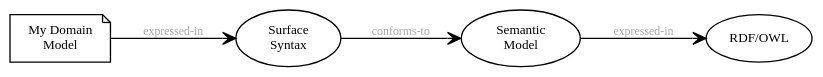
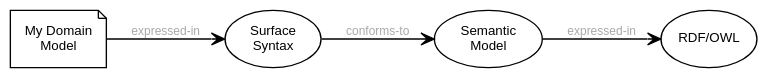
One commit to sdm-lang/tree-sitter-sdml changed the first of 4 diagrams in docs/introduction.org. Above: the diagram before and after it, drawn with Graphviz. The commit also changed other lines of this file and 18 other files, not shown here.

Commit message:
Doc restructure, css update, and png -> svg change

```diff
--- a/docs/introduction.org
+++ b/docs/introduction.org
@@ -19,17 +19,18 @@
-#+BEGIN_SRC dot :file sdml-overview.png :exports results
+#+BEGIN_SRC dot :file sdml-overview.svg :exports results
 digraph G {
   bgcolor="transparent";
   rankdir="LR";
-  node [fontsize=10];
-  edge [fontsize=9; fontcolor=darkgrey];
+  fontname="Helvetica,Arial,sans-serif";
+  node [fontname="Helvetica,Arial,sans-serif"; fontsize=10; width=1.0; height=0.6];
+  edge [fontname="Helvetica,Arial,sans-serif"; fontsize=9; fontcolor="darkgrey"];
 
   instance [shape="note"; label="My Domain\nModel"];
   sdml [shape="ellipse"; label="Surface\nSyntax"];  
   semantics [shape="ellipse"; label="Semantic\nModel"];
   rdf [shape="ellipse"; label="RDF/OWL"];
 
   instance -> sdml [arrowhead="open"; label="expressed-in"];
   sdml -> semantics [arrowhead="open"; label="conforms-to"];
   semantics -> rdf [arrowhead="open"; label="expressed-in"];
 }
 #+END_SRC
```
